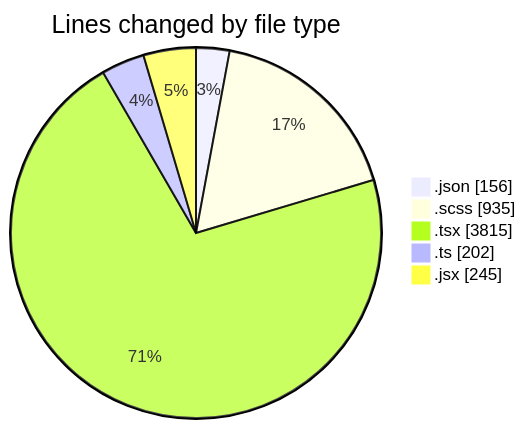
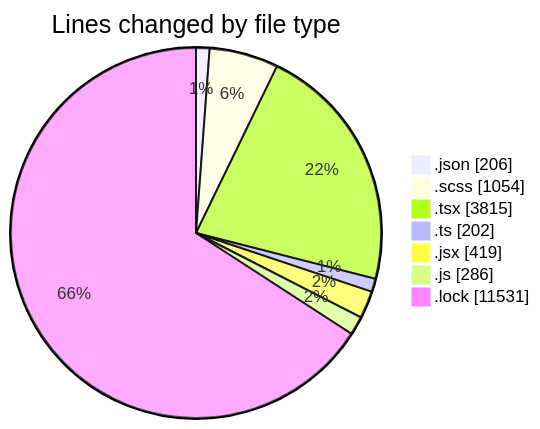
One commit to momahboobian/code-tracking changed the first of 2 diagrams in 2026-02-17/cda/README.md. Above: the diagram before and after it, drawn with Mermaid. The commit also changed other lines of this file and 1 other file, not shown here.

````diff
--- a/2026-02-17/cda/README.md
+++ b/2026-02-17/cda/README.md
@@ -33,9 +45,11 @@
 ```mermaid
 pie showData
 title Lines changed by file type
-".json" : 156
-".scss" : 935
+".json" : 206
+".scss" : 1054
 ".tsx" : 3815
 ".ts" : 202
-".jsx" : 245
+".jsx" : 419
+".js" : 286
+".lock" : 11531
 ```
````
